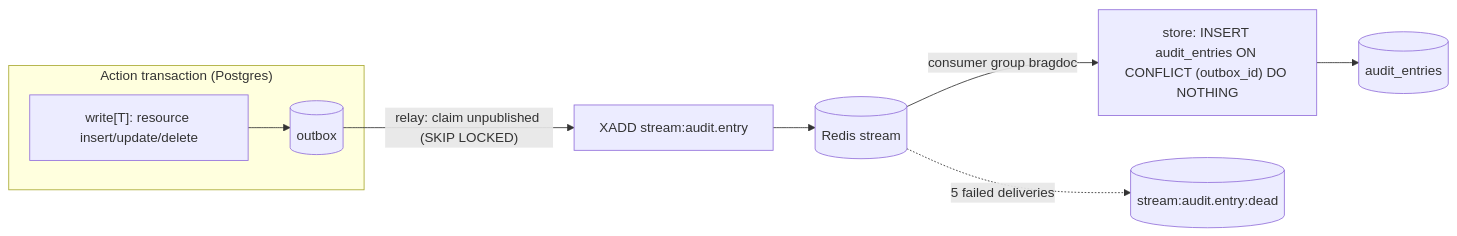
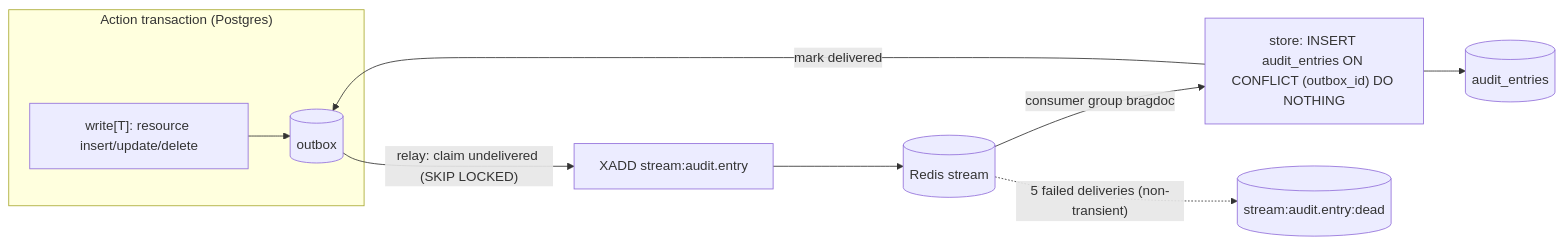
The diagram in docs/adr/0015-transactional-outbox-with-redis-streams.md (Xhamps/bragDocument), drawn with Mermaid before and after one commit. The commit also changed other lines of this file and 2 other files, not shown here.

````diff
--- a/docs/adr/0015-transactional-outbox-with-redis-streams.md
+++ b/docs/adr/0015-transactional-outbox-with-redis-streams.md
@@ -33,11 +33,12 @@
 ```mermaid
 flowchart LR
     subgraph tx["Action transaction (Postgres)"]
         W["write[T]: resource insert/update/delete"] --> O[("outbox")]
     end
-    O -- "relay: claim unpublished (SKIP LOCKED)" --> R["XADD stream:audit.entry"]
+    O -- "relay: claim undelivered (SKIP LOCKED)" --> R["XADD stream:audit.entry"]
     R --> S[("Redis stream")]
     S -- "consumer group bragdoc" --> C["store: INSERT audit_entries ON CONFLICT (outbox_id) DO NOTHING"]
     C --> A[("audit_entries")]
-    S -. "5 failed deliveries" .-> D[("stream:audit.entry:dead")]
+    C -- "mark delivered" --> O
+    S -. "5 failed deliveries (non-transient)" .-> D[("stream:audit.entry:dead")]
 ```
````
